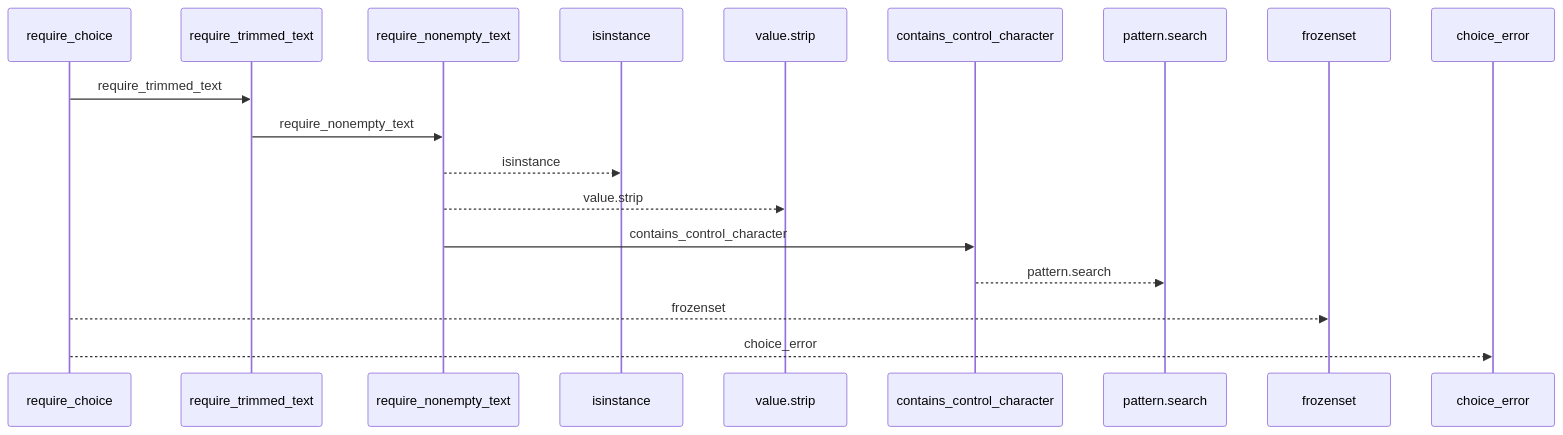
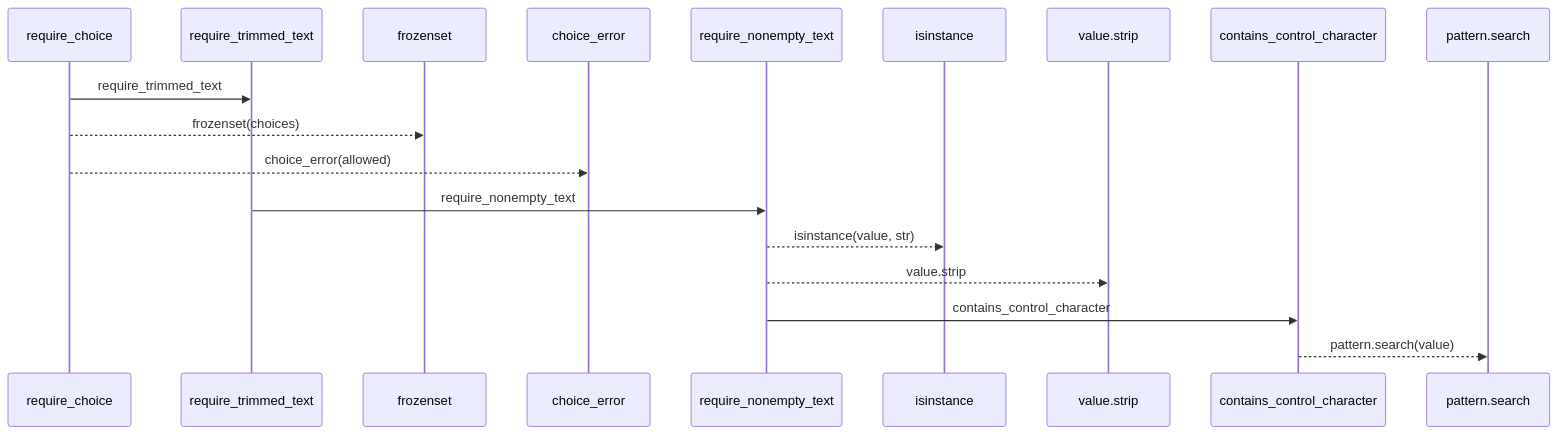
One commit to Denissvgn/python-wiki-llm changed the first of 2 diagrams in docs/llm_wiki/flows/api-require_choice.md. Above: the diagram before and after it, drawn with Mermaid. The commit also changed other lines of this file and 1410 other files, not shown here.

````diff
--- a/docs/llm_wiki/flows/api-require_choice.md
+++ b/docs/llm_wiki/flows/api-require_choice.md
@@ -10,20 +12,20 @@
 ```mermaid
 sequenceDiagram
     participant p0 as require_choice
     participant p1 as require_trimmed_text
-    participant p2 as require_nonempty_text
-    participant p3 as isinstance
-    participant p4 as value.strip
-    participant p5 as contains_control_character
-    participant p6 as pattern.search
-    participant p7 as frozenset
-    participant p8 as choice_error
+    participant p2 as frozenset
+    participant p3 as choice_error
+    participant p4 as require_nonempty_text
+    participant p5 as isinstance
+    participant p6 as value.strip
+    participant p7 as contains_control_character
+    participant p8 as pattern.search
     p0->>p1: require_trimmed_text
-    p1->>p2: require_nonempty_text
-    p2-->>p3: isinstance
-    p2-->>p4: value.strip
-    p2->>p5: contains_control_character
-    p5-->>p6: pattern.search
-    p0-->>p7: frozenset
-    p0-->>p8: choice_error
+    p0-->>p2: frozenset(choices)
+    p0-->>p3: choice_error(allowed)
+    p1->>p4: require_nonempty_text
+    p4-->>p5: isinstance(value, str)
+    p4-->>p6: value.strip
+    p4->>p7: contains_control_character
+    p7-->>p8: pattern.search(value)
 ```
````
